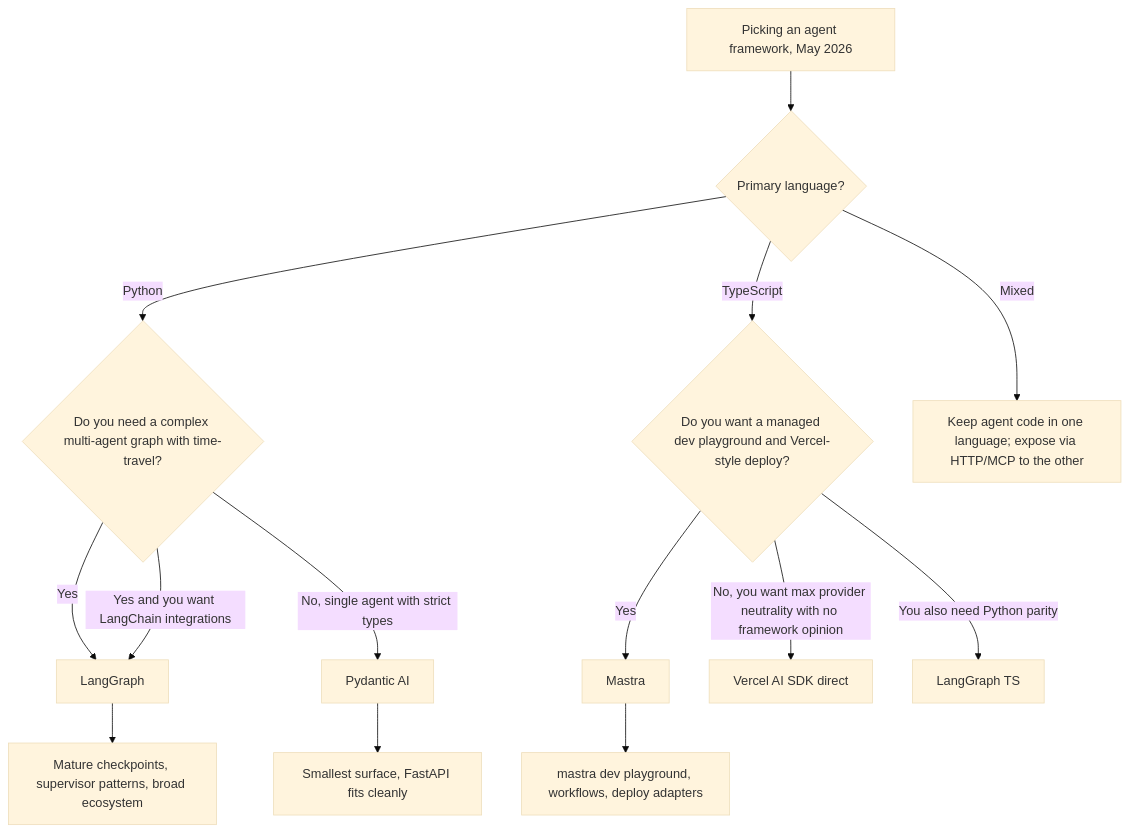
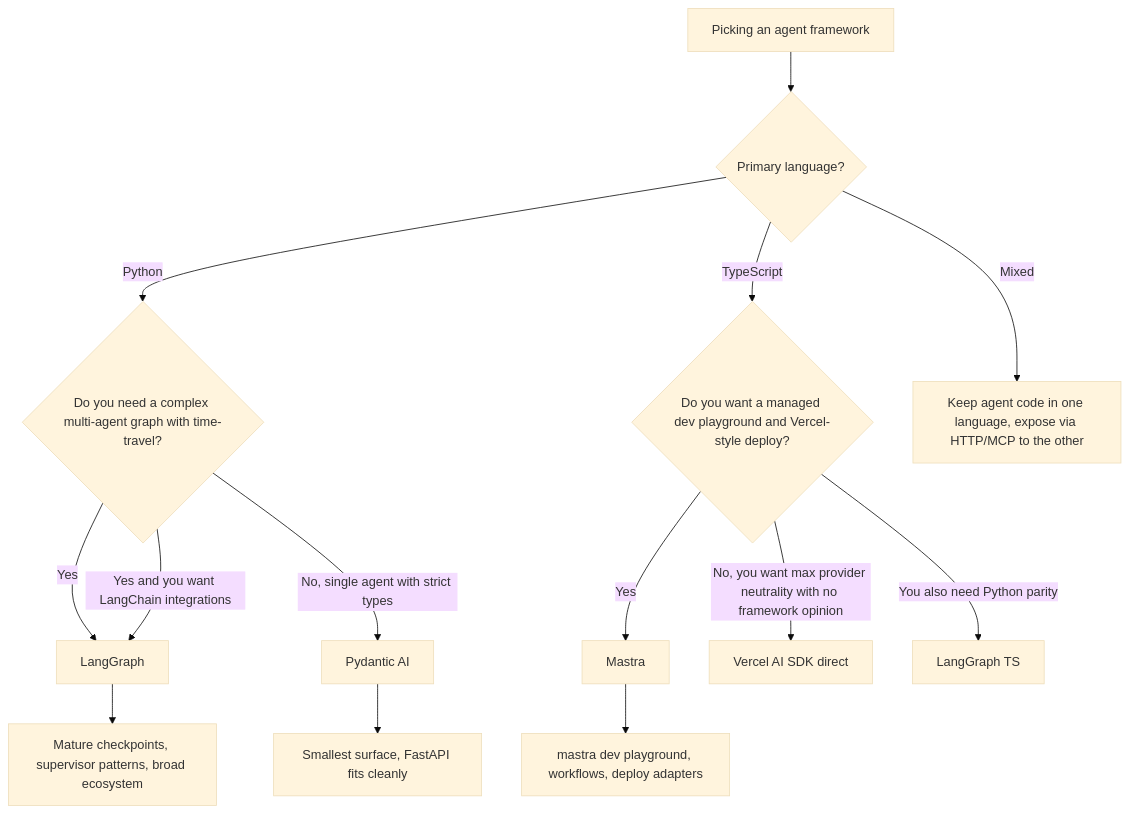
One commit to ChiHoc/ai-system-design-guide-zh changed the diagram in 09-frameworks-and-tools/11-pydantic-ai-and-mastra.md. Above: the diagram before and after it, drawn with Mermaid (base theme). The commit also changed other lines of this file and 149 other files, not shown here.

````diff
--- a/09-frameworks-and-tools/11-pydantic-ai-and-mastra.md
+++ b/09-frameworks-and-tools/11-pydantic-ai-and-mastra.md
@@ -172,19 +190,19 @@
 ```mermaid
 flowchart TD
-    A[Picking an agent framework, May 2026] --> B{Primary language?}
+    A[Picking an agent framework] --> B{Primary language?}
     B -->|Python| C{Do you need a complex multi-agent graph with time-travel?}
     B -->|TypeScript| D{Do you want a managed dev playground and Vercel-style deploy?}
-    B -->|Mixed| E[Keep agent code in one language; expose via HTTP/MCP to the other]
+    B -->|Mixed| E["Keep agent code in one language, expose via HTTP/MCP to the other"]
 
     C -->|Yes| F[LangGraph]
     C -->|No, single agent with strict types| G[Pydantic AI]
     C -->|Yes and you want LangChain integrations| F
 
     D -->|Yes| H[Mastra]
     D -->|No, you want max provider neutrality with no framework opinion| I[Vercel AI SDK direct]
     D -->|You also need Python parity| J[LangGraph TS]
 
     G --> K[Smallest surface, FastAPI fits cleanly]
     H --> L[mastra dev playground, workflows, deploy adapters]
     F --> M[Mature checkpoints, supervisor patterns, broad ecosystem]
 ```
````
